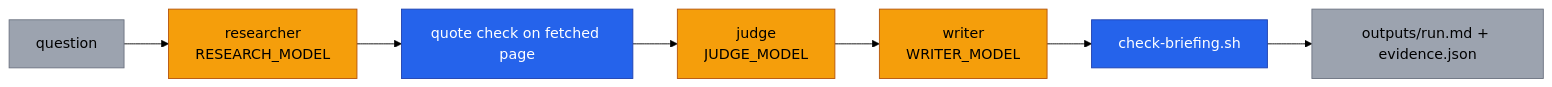
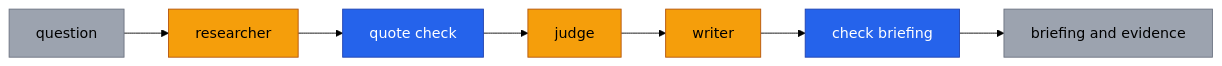
One commit to arifbazli/docker-agent-prisma-cortex changed the second of 2 diagrams in docs/architecture.md. Above: the diagram before and after it, drawn with Mermaid (forest theme). The commit also changed other lines of this file and 1 other file, not shown here.

Commit message:
fix: conservative mermaid syntax and model tables

````diff
--- a/docs/architecture.md
+++ b/docs/architecture.md
@@ -38,13 +42,24 @@
 ```mermaid
 flowchart LR
-    Q["question"]:::data --> R["researcher<br/>RESEARCH_MODEL"]:::llm
-    R --> QC["quote check on fetched page"]:::script
-    QC --> J["judge<br/>JUDGE_MODEL"]:::llm
-    J --> W["writer<br/>WRITER_MODEL"]:::llm
-    W --> C["check-briefing.sh"]:::script
-    C --> B["outputs/run.md + evidence.json"]:::data
+    Quest[question]
+    Res[researcher]
+    Qc[quote check]
+    Judge[judge]
+    Writer[writer]
+    Chk[check briefing]
+    Out[briefing and evidence]
+
+    Quest --> Res
+    Res --> Qc
+    Qc --> Judge
+    Judge --> Writer
+    Writer --> Chk
+    Chk --> Out
 
     classDef script fill:#2563eb,color:#fff,stroke:#1e40af
-    classDef llm fill:#f59e0b,color:#000,stroke:#b45309
+    classDef ai fill:#f59e0b,color:#000,stroke:#b45309
     classDef data fill:#9ca3af,color:#000,stroke:#6b7280
+    class Qc,Chk script
+    class Res,Judge,Writer ai
+    class Quest,Out data
 ```
````
